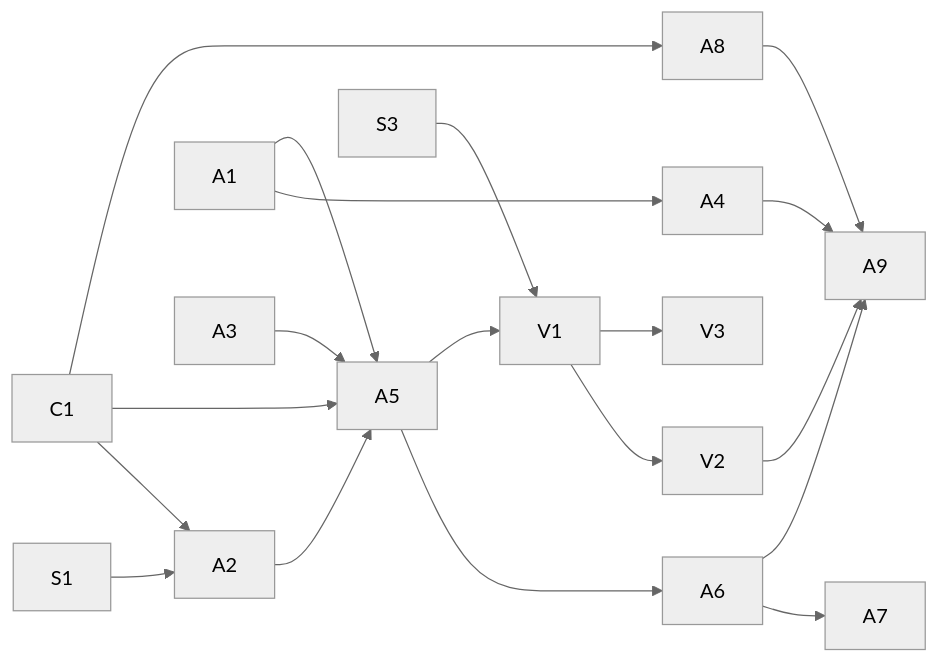
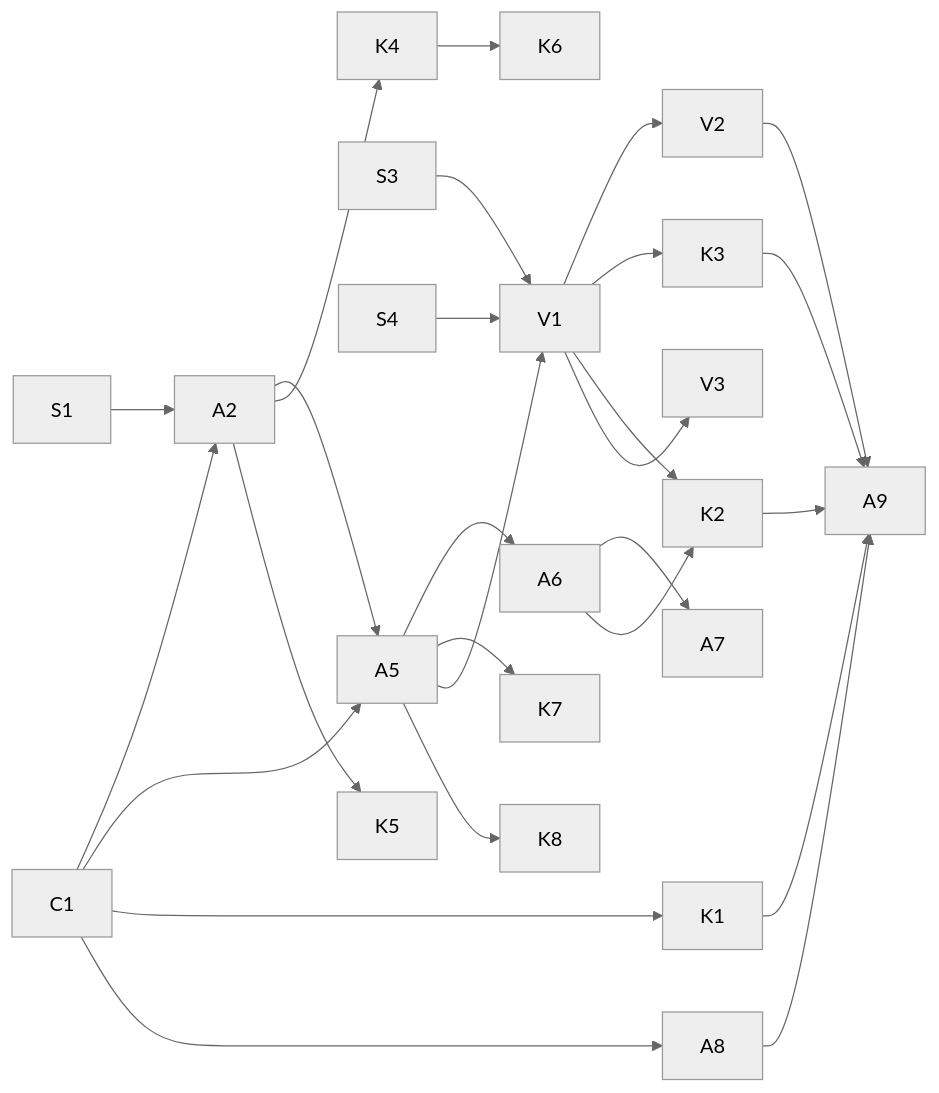
The diagram in tasks/agent-control.md (Cklaus1/mimouse), drawn with Mermaid (neutral theme) before and after one commit. The commit also changed other lines of this file and 1 other file, not shown here.

````diff
--- a/tasks/agent-control.md
+++ b/tasks/agent-control.md
@@ -111,20 +150,27 @@
 ```mermaid
 graph LR
   S1 --> A2
   C1 --> A2
-  A1 --> A4
-  A1 --> A5
+  C1 --> A5
   A2 --> A5
-  A3 --> A5
-  C1 --> A5
   A5 --> A6 --> A7
+  A5 --> K7
+  C1 --> K1
   C1 --> A8
   A5 --> V1
   S3 --> V1
+  S4 --> V1
   V1 --> V2
-  A6 --> A9
+  V1 --> K3
+  V1 --> K2
+  A6 --> K2
+  A2 --> K4 --> K6
+  A2 --> K5
+  K1 --> A9
+  K2 --> A9
+  K3 --> A9
   A8 --> A9
   V2 --> A9
-  A4 --> A9
+  A5 --> K8
   V1 --> V3
 ```
````
